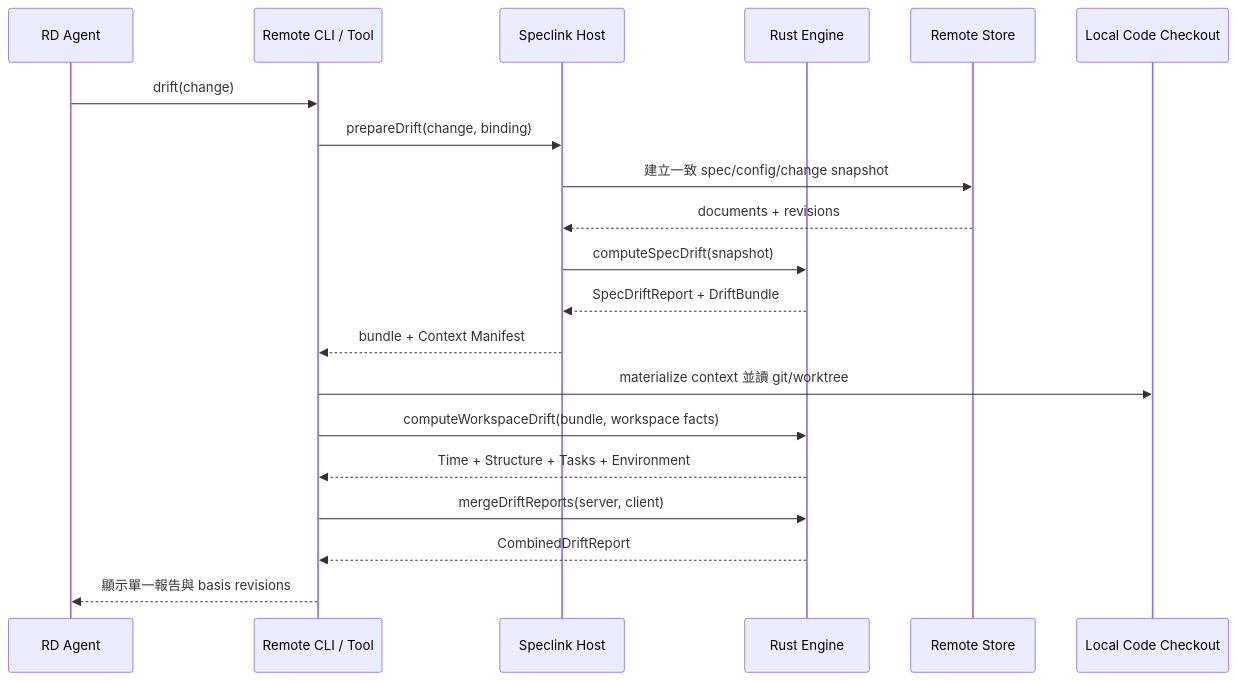
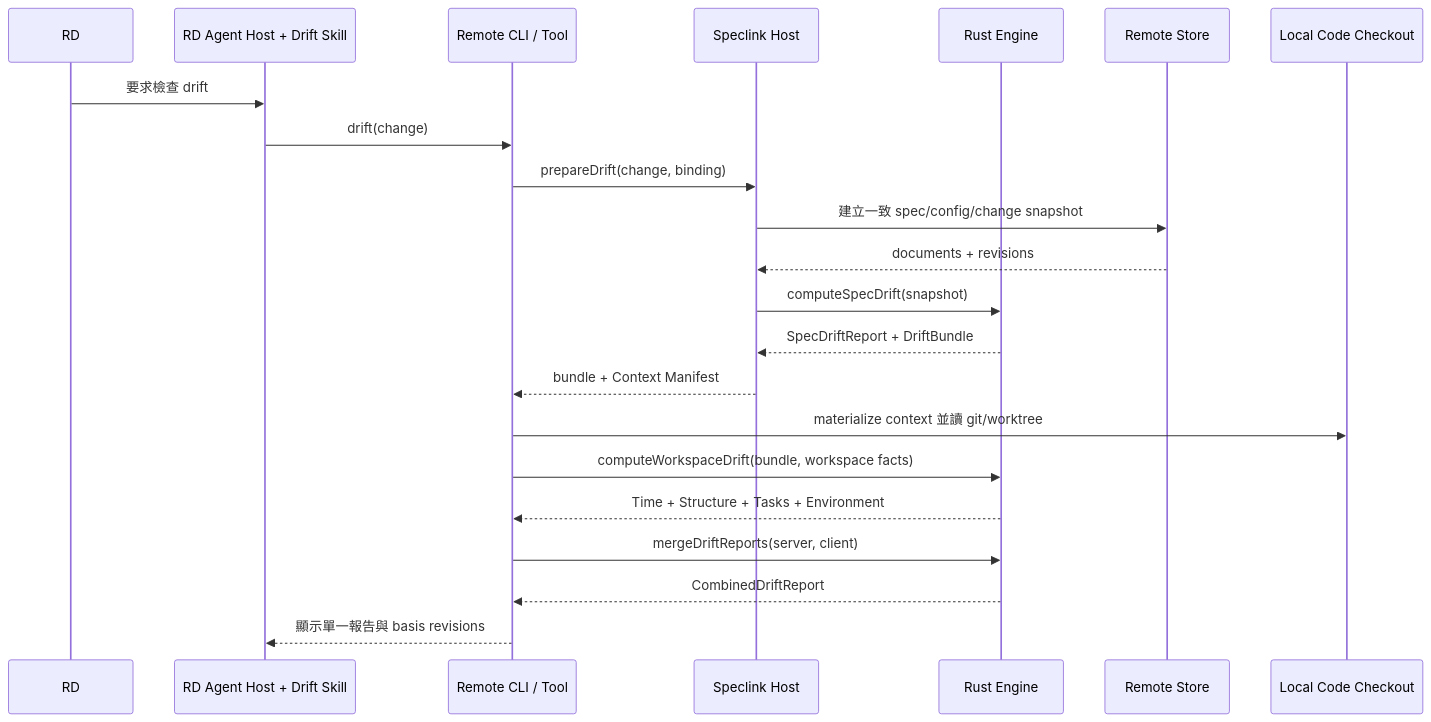
The fifth of 8 diagrams in docs/platform-architecture.zh-TW.md (MomoChenisMe/speclink), drawn with Mermaid before and after one commit. The commit also changed other lines of this file and 15 other files, not shown here.

First line of the commit message:
docs(platform): 定稿平台架構藍圖並收攏為唯一文件基準

````diff
--- a/docs/platform-architecture.zh-TW.md
+++ b/docs/platform-architecture.zh-TW.md
@@ -568,23 +691,25 @@
 ```mermaid
 sequenceDiagram
-    participant R as RD Agent
+    participant U as RD
+    participant R as RD Agent Host + Drift Skill
     participant C as Remote CLI / Tool
     participant H as Speclink Host
     participant E as Rust Engine
     participant S as Remote Store
     participant W as Local Code Checkout
 
+    U->>R: 要求檢查 drift
     R->>C: drift(change)
     C->>H: prepareDrift(change, binding)
     H->>S: 建立一致 spec/config/change snapshot
     S-->>H: documents + revisions
     H->>E: computeSpecDrift(snapshot)
     E-->>H: SpecDriftReport + DriftBundle
     H-->>C: bundle + Context Manifest
     C->>W: materialize context 並讀 git/worktree
     C->>E: computeWorkspaceDrift(bundle, workspace facts)
     E-->>C: Time + Structure + Tasks + Environment
     C->>E: mergeDriftReports(server, client)
     E-->>C: CombinedDriftReport
     C-->>R: 顯示單一報告與 basis revisions
 ```
````
